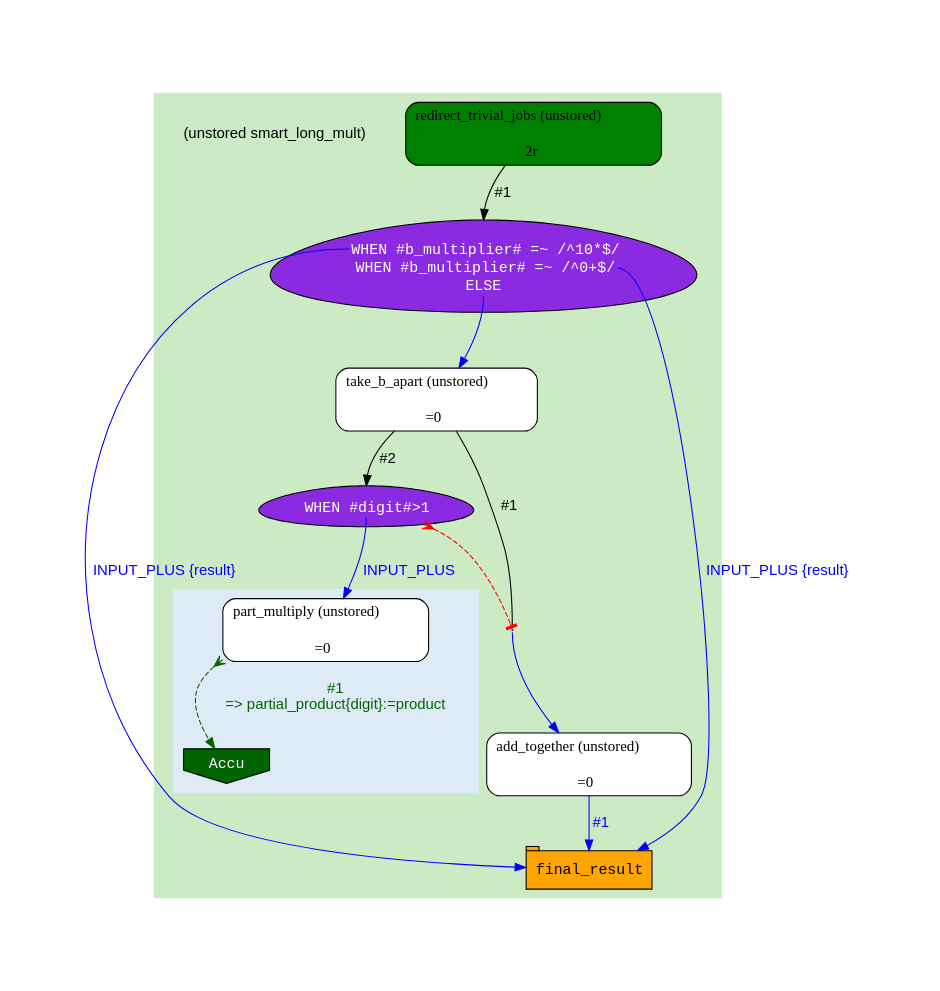
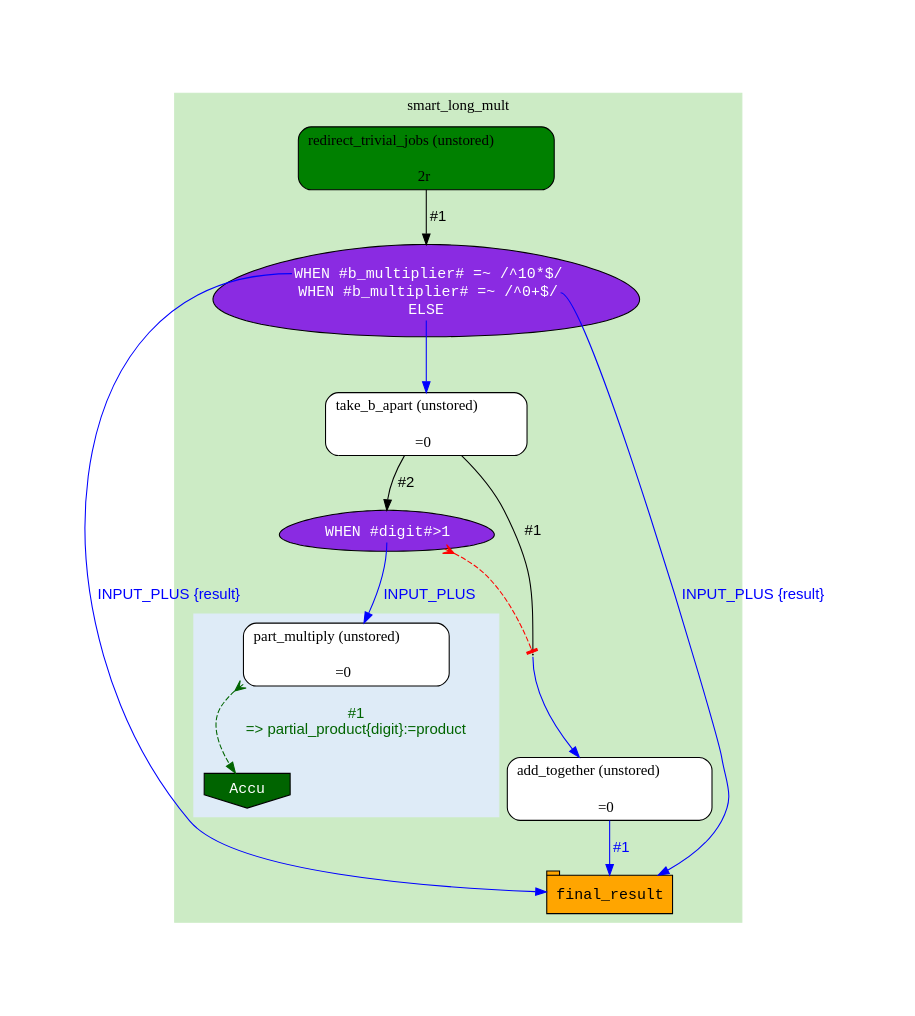
The diagram in t/03.scripts/generate_graph/LongMult::PipeConfig::SmartLongMult_conf.unstored.dot (Ensembl/ensembl-hive), drawn with Graphviz before and after one commit. The commit also changed 8 other files, not shown here.

Commit message:
Switch from using a separate pipeline_label to displaying the top-level cluster name; regenerated the test files accordingly

```diff
--- a/t/03.scripts/generate_graph/LongMult::PipeConfig::SmartLongMult_conf.unstored.dot
+++ b/t/03.scripts/generate_graph/LongMult::PipeConfig::SmartLongMult_conf.unstored.dot
@@ -1,47 +1,47 @@
 digraph test {
 	ratio="compress"; concentrate = "true"; name = "AnalysisWorkflow"; pad = "1.0";
 	analysis_redirect_trivial_jobs [fillcolor="green", fontname="Times-Roman", label=<<table border="0" cellborder="0" cellspacing="0" cellpadding="1"><tr><td colspan="1">redirect_trivial_jobs (unstored)</td></tr><tr><td colspan="1"> </td></tr><tr><td bgcolor="green" width="100%">2r</td></tr></table>>, shape="Mrecord", style="filled"];
 	dfr_p1_mp [fillcolor="blueviolet", fontcolor="white", fontname="Courier", label=<<table border="0" cellborder="0" cellspacing="0" cellpadding="1">i<tr><td></td></tr><tr><td port="cond_0">WHEN #b_multiplier# =~ /^10*$/</td></tr><tr><td port="cond_1">WHEN #b_multiplier# =~ /^0+$/</td></tr><tr><td port="cond_2">ELSE</td></tr></table>>, shape="egg", style="filled"];
 	table_final_result [fillcolor="orange", fontcolor="black", fontname="Courier", label=<<table border="0" cellborder="0" cellspacing="0" cellpadding="1"><tr><td colspan="1">final_result</td></tr></table>>, shape="tab", style="filled"];
 	analysis_take_b_apart [fillcolor="white", fontname="Times-Roman", label=<<table border="0" cellborder="0" cellspacing="0" cellpadding="1"><tr><td colspan="1">take_b_apart (unstored)</td></tr><tr><td colspan="1"> </td></tr><tr><td>=0</td></tr></table>>, shape="Mrecord", style="filled"];
 	dfr_p2_mp [fixedsize="1", height="0.01", label="dfr_p2_mp", shape="point", width="0.01"];
 	analysis_add_together [fillcolor="white", fontname="Times-Roman", label=<<table border="0" cellborder="0" cellspacing="0" cellpadding="1"><tr><td colspan="1">add_together (unstored)</td></tr><tr><td colspan="1"> </td></tr><tr><td>=0</td></tr></table>>, shape="Mrecord", style="filled"];
 	dfr_p3_mp [fillcolor="blueviolet", fontcolor="white", fontname="Courier", label=<<table border="0" cellborder="0" cellspacing="0" cellpadding="1">i<tr><td></td></tr><tr><td port="cond_0">WHEN #digit#&gt;1</td></tr></table>>, shape="egg", style="filled"];
 	analysis_part_multiply [fillcolor="white", fontname="Times-Roman", label=<<table border="0" cellborder="0" cellspacing="0" cellpadding="1"><tr><td colspan="1">part_multiply (unstored)</td></tr><tr><td colspan="1"> </td></tr><tr><td>=0</td></tr></table>>, shape="Mrecord", style="filled"];
 	sink_dfr_p2_mp [fillcolor="darkgreen", fontcolor="white", fontname="Courier", label="Accu", shape="invhouse", style="filled"];
-	pipelabel_smart_long_mult [fontname="Helvetica", label="(unstored smart_long_mult)", shape="plaintext"];
 	analysis_add_together -> table_final_result [color="blue", fontcolor="blue", fontname="Helvetica", label="#1\n"];
 	analysis_part_multiply -> sink_dfr_p2_mp [arrowtail="crow", color="darkgreen", dir="both", fontcolor="darkgreen", fontname="Helvetica", label="#1\n=> partial_product{digit}:=product", style="dashed"];
 	analysis_redirect_trivial_jobs -> dfr_p1_mp [arrowhead="normal", color="black", fontcolor="black", fontname="Helvetica", headport="n", label="#1"];
 	analysis_take_b_apart -> dfr_p2_mp [arrowhead="none", color="black", fontcolor="black", fontname="Helvetica", headport="n", label="#1"];
 	analysis_take_b_apart -> dfr_p3_mp [arrowhead="normal", color="black", fontcolor="black", fontname="Helvetica", headport="n", label="#2"];
 	dfr_p1_mp -> analysis_take_b_apart [color="blue", fontcolor="blue", fontname="Helvetica", label="\n", tailport="cond_2"];
 	dfr_p1_mp -> table_final_result [color="blue", fontcolor="blue", fontname="Helvetica", label="\nINPUT_PLUS {result}", tailport="cond_0"];
 	dfr_p1_mp -> table_final_result [color="blue", fontcolor="blue", fontname="Helvetica", label="\nINPUT_PLUS {result}", tailport="cond_1"];
 	dfr_p2_mp -> analysis_add_together [color="blue", fontcolor="blue", fontname="Helvetica", label="\n", tailport="s"];
 	dfr_p3_mp -> analysis_part_multiply [color="blue", fontcolor="blue", fontname="Helvetica", label="\nINPUT_PLUS ", tailport="cond_0"];
 	dfr_p3_mp -> dfr_p2_mp [arrowhead="tee", arrowtail="crow", color="red", dir="both", style="dashed"];
 
-subgraph cluster_cl_smart_long_mult {
+subgraph cluster_smart_long_mult {
+	label="smart_long_mult";
 	style=filled;
 	colorscheme=pastel19;
 	color=3;
-	pipelabel_smart_long_mult;
 	analysis_redirect_trivial_jobs;
 	dfr_p1_mp;
 	table_final_result;
 	table_final_result;
 	analysis_take_b_apart;
 	dfr_p2_mp;
 	subgraph cluster_cl_dfr_p2_mp {
+		label="";
 		style=filled;
 		colorscheme=blues9;
 		color=2;
 		analysis_part_multiply;
 		sink_dfr_p2_mp;
 	}
 	dfr_p3_mp;
 	analysis_add_together;
 	table_final_result;
 }
 }
```
